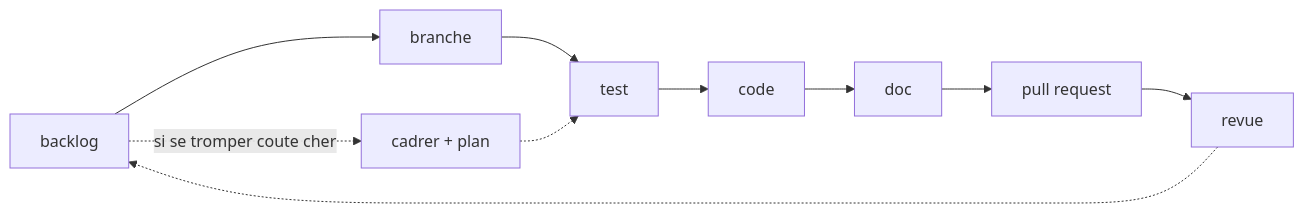
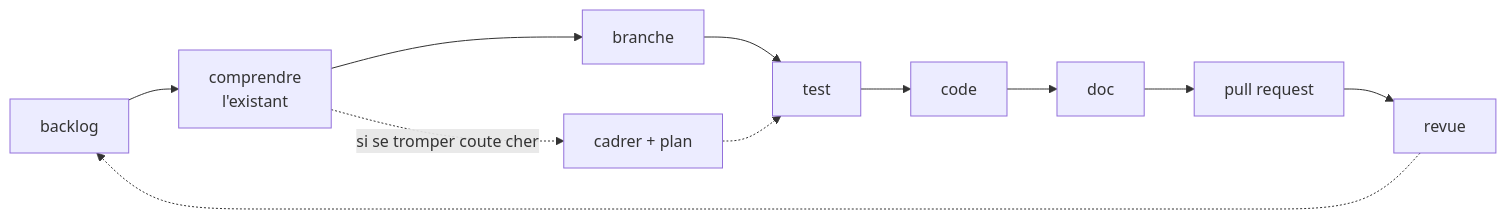
The diagram in skills/cycle-de-dev/SKILL.md (MasterLaplace/LplCraftSkills), drawn with Mermaid before and after one commit. The commit also changed other lines of this file and 22 other files, not shown here.

````diff
--- a/skills/cycle-de-dev/SKILL.md
+++ b/skills/cycle-de-dev/SKILL.md
@@ -21,7 +21,7 @@
 ```mermaid
 flowchart LR
-  BL[backlog] --> BR[branche] --> TE[test] --> CO[code] --> DO[doc] --> PR[pull request] --> RE[revue]
+  BL[backlog] --> CE["comprendre<br/>l'existant"] --> BR[branche] --> TE[test] --> CO[code] --> DO[doc] --> PR[pull request] --> RE[revue]
   RE -.-> BL
-  BL -.->|"si se tromper coute cher"| CA["cadrer + plan"]
+  CE -.->|"si se tromper coute cher"| CA["cadrer + plan"]
   CA -.-> TE
 ```
````
